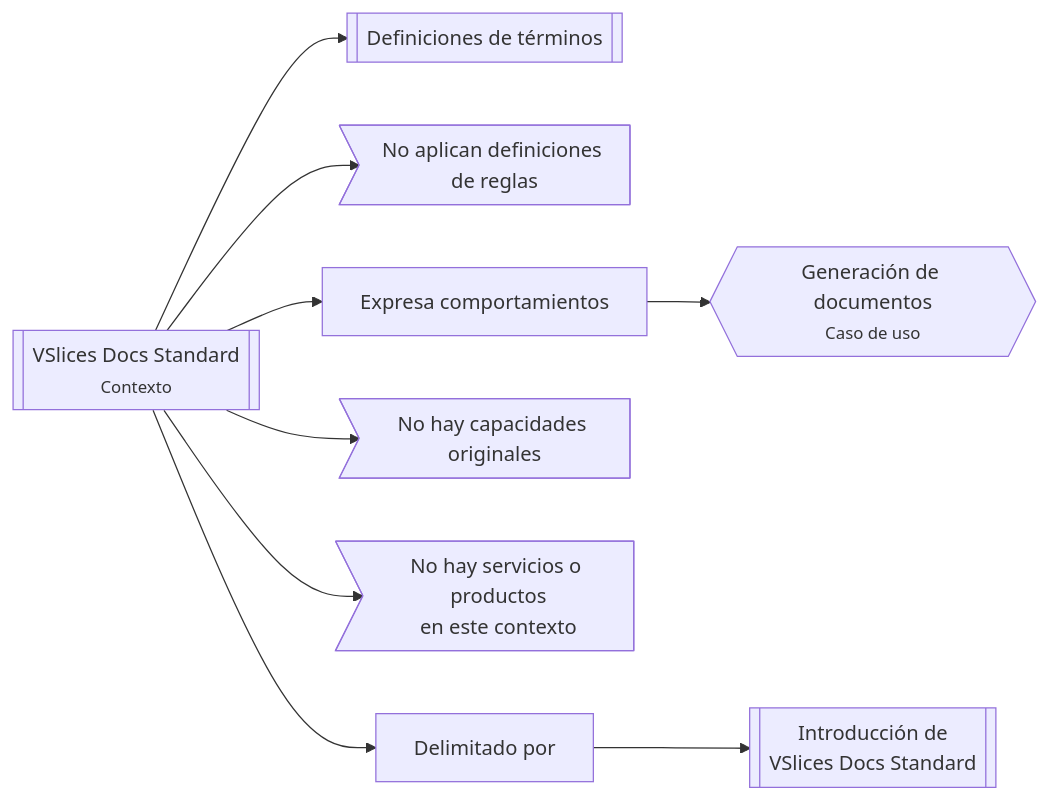
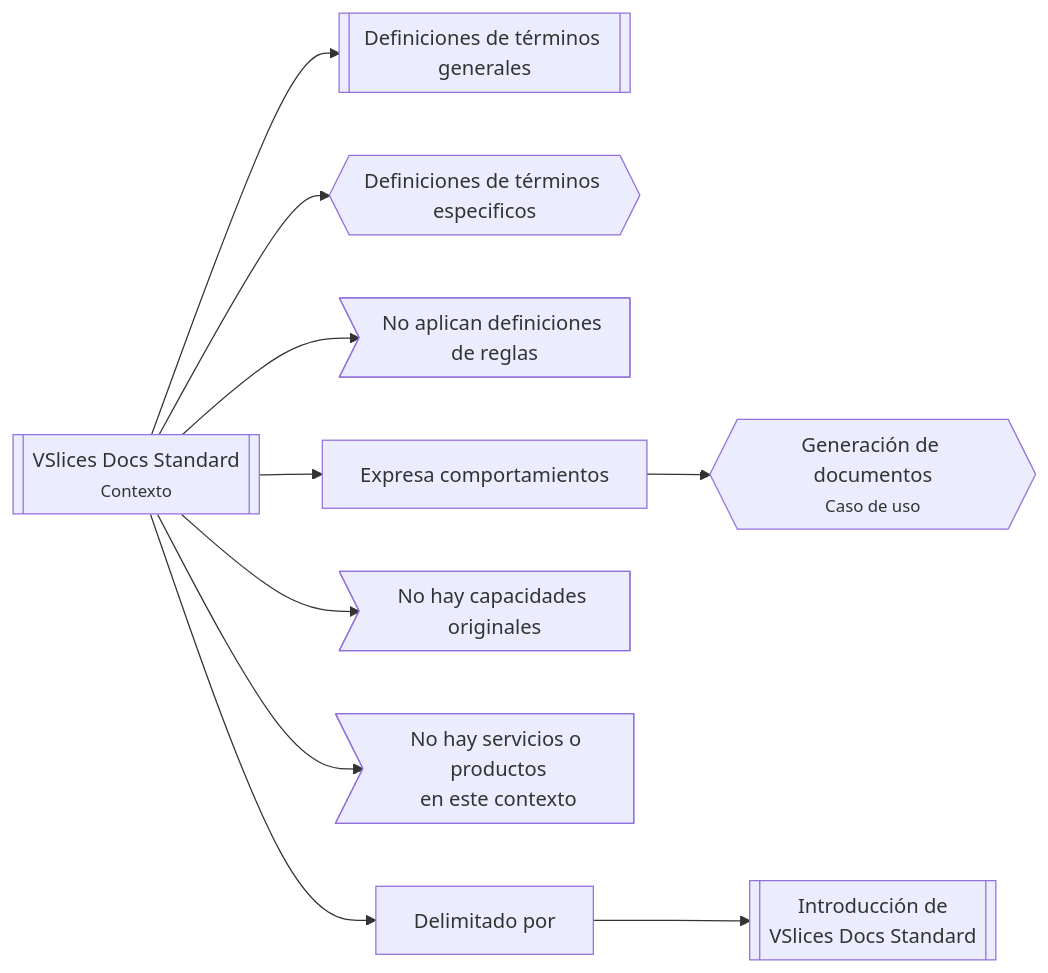
One commit to vslices/tooling changed the second of 2 diagrams in docs/iteration 1/continuity.iteration.md. Above: the diagram before and after it, drawn with Mermaid.

Commit message:
feat(v0.1): se agrega L2 porque es necesario

````diff
--- a/docs/iteration 1/continuity.iteration.md
+++ b/docs/iteration 1/continuity.iteration.md
@@ -64,24 +64,25 @@
 ```mermaid
 flowchart LR
     A[[VSlices Docs Standard<br/><small>Contexto</small>]]
 
-    A --> L[[Definiciones de términos]]
+    A --> L1[[Definiciones de términos generales]]
+    A --> L2{{Definiciones de términos especificos}}
 
     A --> R>No aplican definiciones de reglas]
 
     A --> B[Expresa comportamientos]
     
     B --> U1{{Generación de documentos<br/><small>Caso de uso</small>}}
 
     A --> C>No hay capacidades originales]
 
     A --> S>No hay servicios o productos<br/>en este contexto]
     
     A --> D[Delimitado por]
     D --> D1[[Introducción de<br/>VSlices Docs Standard]]
 
     click A "Ir a introducción de VSlices Docs Standard" "https://"
-    click L "Ir a glosarios de VSlices" "https://"
+    click L1 "Ir a glosarios de VSlices" "https://"
     click D1 "Ir a introducción de VSlices Standard" "https://"
 
 ```
````
